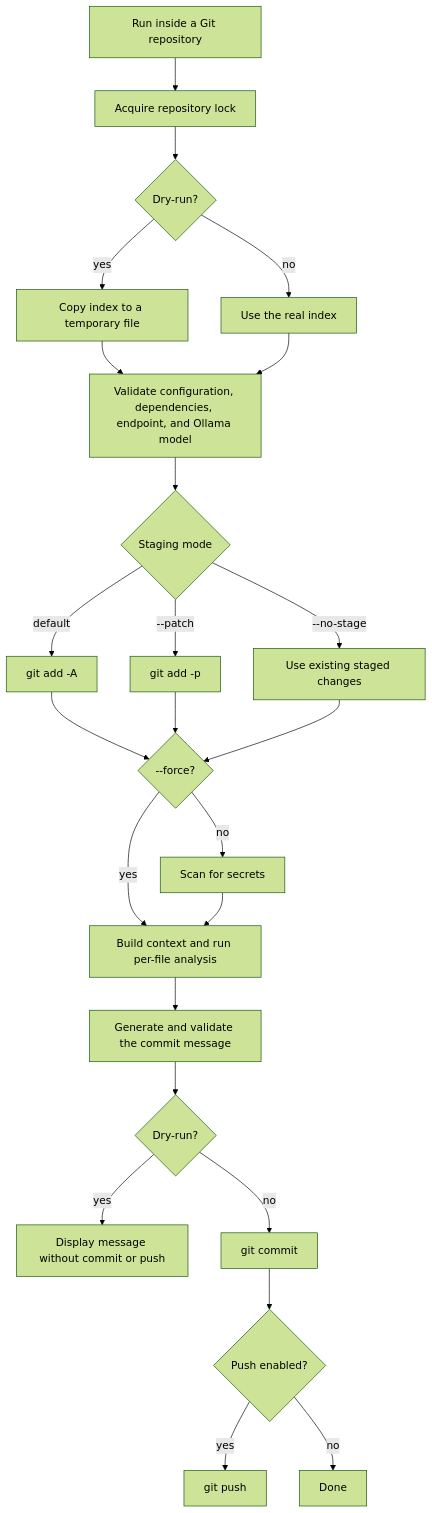
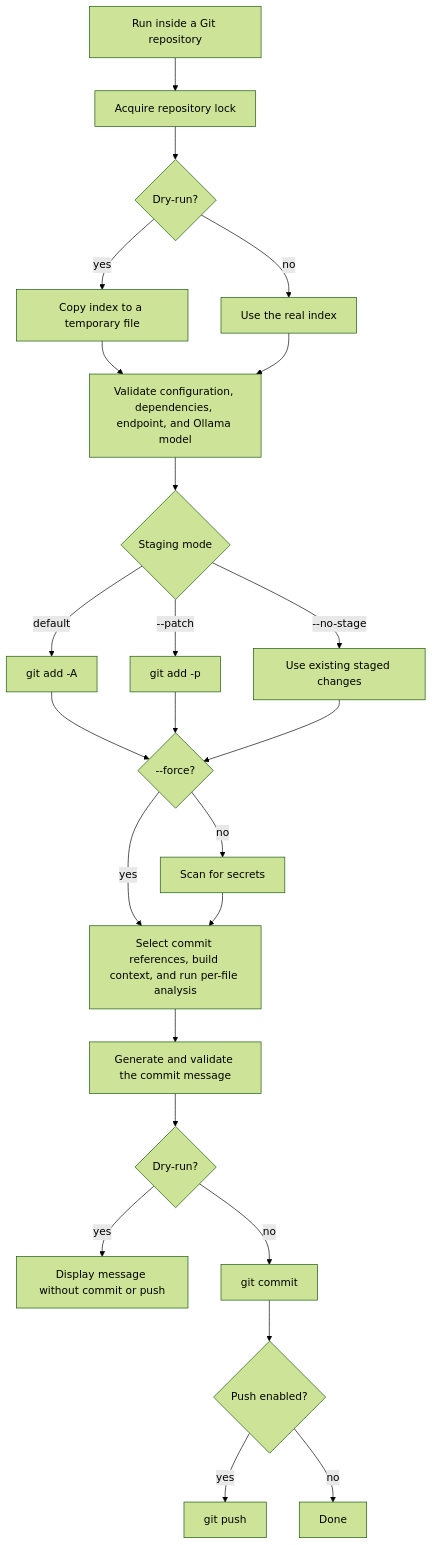
The diagram in README.md (aibersemi/git-auto-commit-ollama), drawn with Mermaid (forest theme) before and after one commit. The commit also changed other lines of this file and 6 other files, not shown here.

````diff
--- a/README.md
+++ b/README.md
@@ -67,26 +70,26 @@
 ```mermaid
 flowchart TD
   A[Run inside a Git repository] --> B[Acquire repository lock]
   B --> C{Dry-run?}
   C -->|yes| D[Copy index to a temporary file]
   C -->|no| E[Use the real index]
   D --> F[Validate configuration, dependencies, endpoint, and Ollama model]
   E --> F
   F --> G{Staging mode}
   G -->|default| H[git add -A]
   G -->|--patch| I[git add -p]
   G -->|--no-stage| J[Use existing staged changes]
   H --> K{--force?}
   I --> K
   J --> K
-  K -->|yes| L[Build context and run per-file analysis]
+  K -->|yes| L[Select commit references, build context, and run per-file analysis]
   K -->|no| M[Scan for secrets]
   M --> L
   L --> N[Generate and validate the commit message]
   N --> O{Dry-run?}
   O -->|yes| P[Display message without commit or push]
   O -->|no| Q[git commit]
   Q --> R{Push enabled?}
   R -->|yes| S[git push]
   R -->|no| T[Done]
 ```
````
